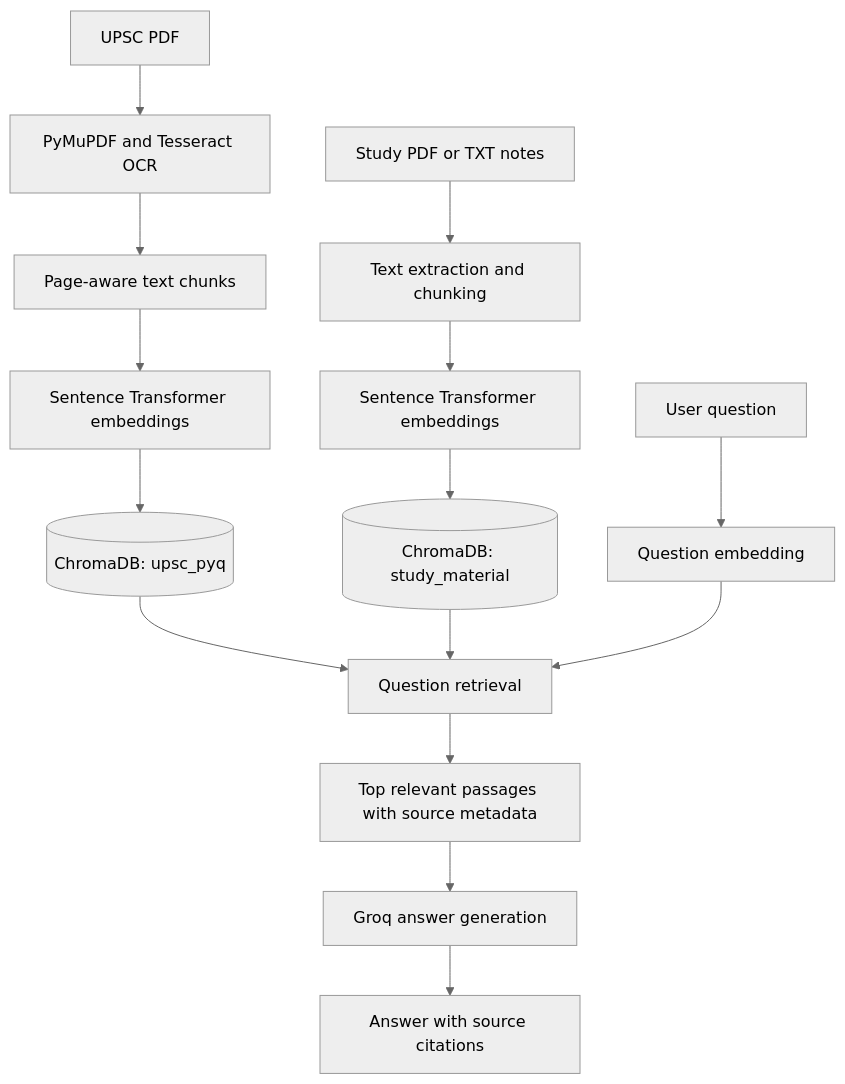
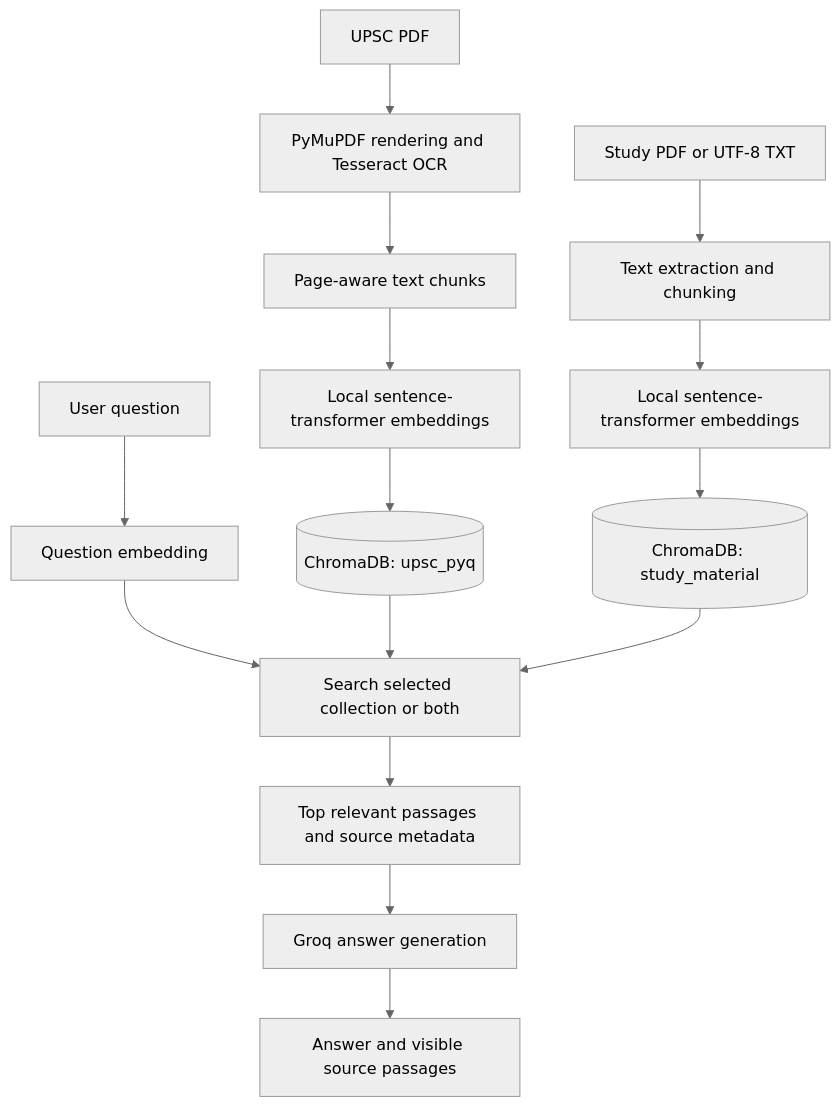
The diagram in README.md (sharmanisha1907ph062-web/upsc-pyq-rag), drawn with Mermaid (neutral theme) before and after one commit. The commit also changed other lines of this file and 2 other files, not shown here.

Commit message:
Add UPSC prelims papers and update README

````diff
--- a/README.md
+++ b/README.md
@@ -28,19 +42,19 @@
 ```mermaid
 flowchart TD
-    A[UPSC PDF] --> B[PyMuPDF and Tesseract OCR]
+    A[UPSC PDF] --> B[PyMuPDF rendering and Tesseract OCR]
     B --> C[Page-aware text chunks]
-    C --> D[Sentence Transformer embeddings]
+    C --> D[Local sentence-transformer embeddings]
     D --> E[(ChromaDB: upsc_pyq)]
 
-    F[Study PDF or TXT notes] --> G[Text extraction and chunking]
-    G --> H[Sentence Transformer embeddings]
+    F[Study PDF or UTF-8 TXT] --> G[Text extraction and chunking]
+    G --> H[Local sentence-transformer embeddings]
     H --> I[(ChromaDB: study_material)]
 
-    E --> J[Question retrieval]
-    I --> J
-    K[User question] --> L[Question embedding]
-    L --> J
-    J --> M[Top relevant passages with source metadata]
+    J[User question] --> K[Question embedding]
+    K --> L[Search selected collection or both]
+    E --> L
+    I --> L
+    L --> M[Top relevant passages and source metadata]
     M --> N[Groq answer generation]
-    N --> O[Answer with source citations]
+    N --> O[Answer and visible source passages]
 ```
````
